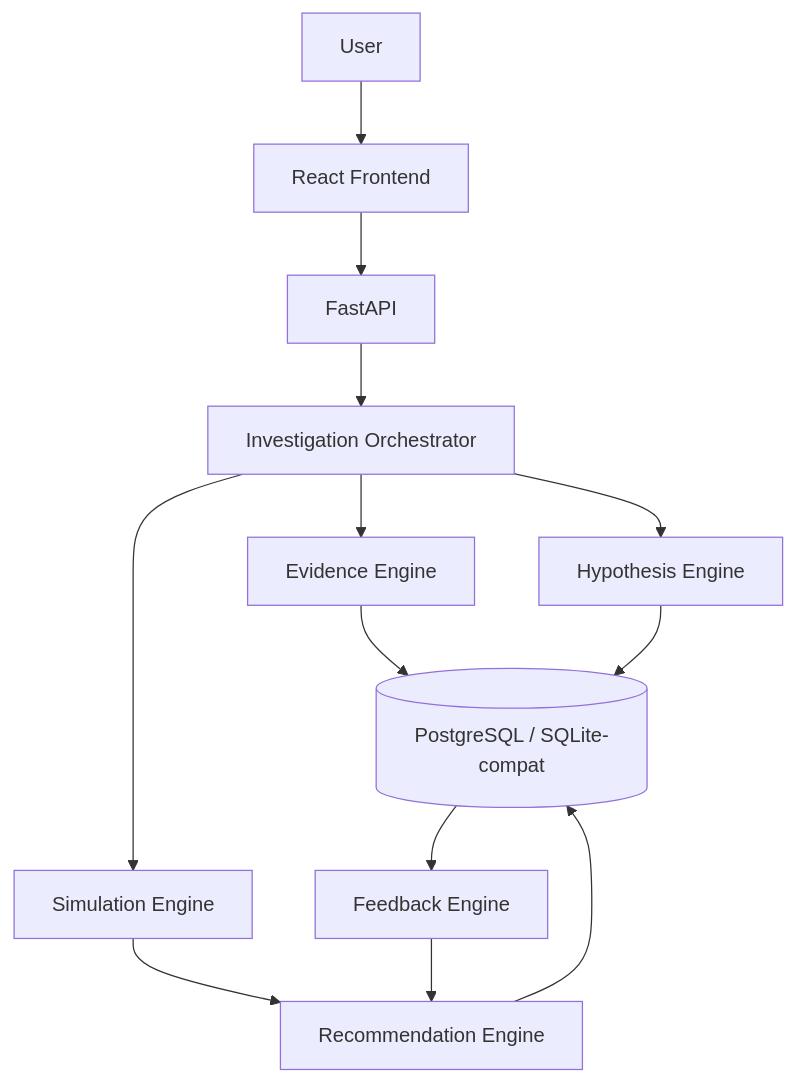
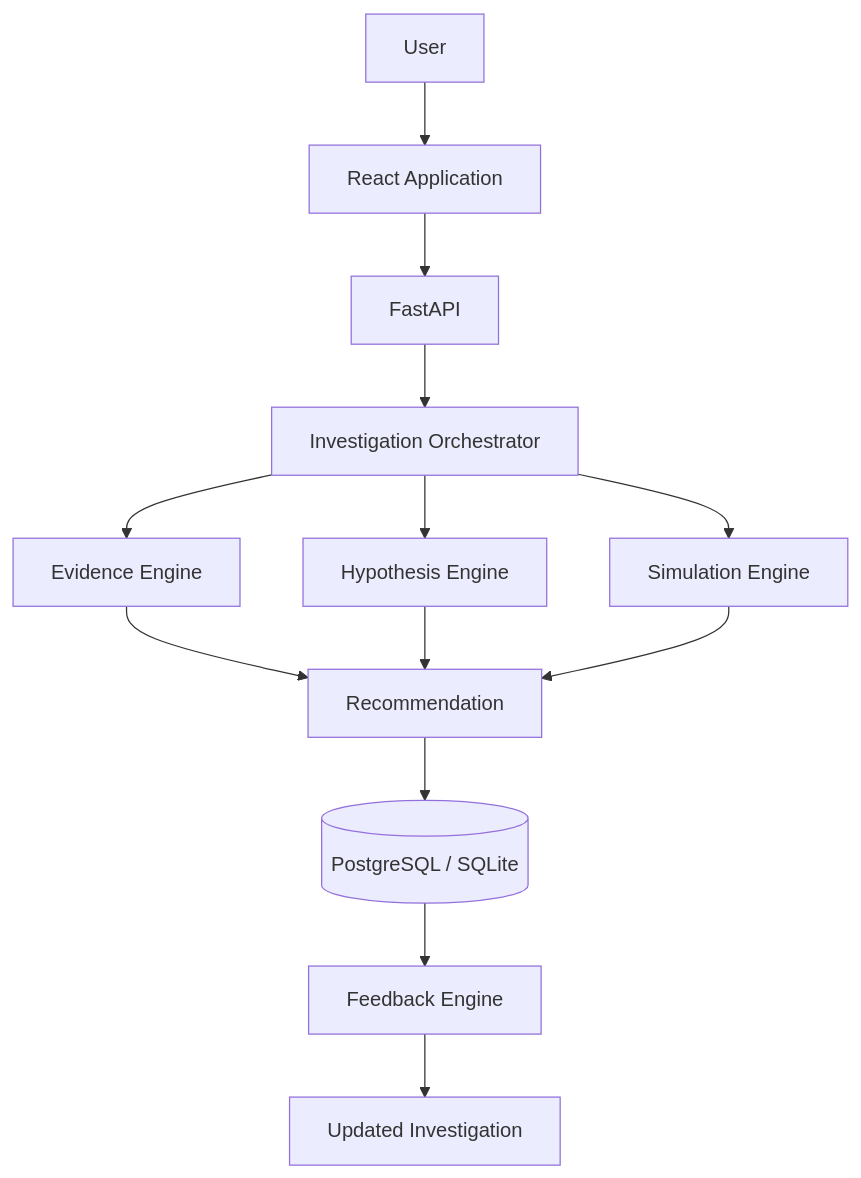
One commit to itsaahsan/nexus changed the diagram in README.md. Above: the diagram before and after it, drawn with Mermaid. The commit also changed other lines of this file, not shown here.

````diff
--- a/README.md
+++ b/README.md
@@ -36,15 +84,15 @@
 ```mermaid
 flowchart TD
-  U[User] --> FE[React Frontend]
+  U[User] --> FE[React Application]
   FE --> API[FastAPI]
   API --> ORCH[Investigation Orchestrator]
   ORCH --> EE[Evidence Engine]
   ORCH --> HE[Hypothesis Engine]
   ORCH --> SE[Simulation Engine]
-  EE --> DB[(PostgreSQL / SQLite-compat)]
-  HE --> DB
-  SE --> REC[Recommendation Engine]
-  REC --> DB
+  EE --> REC[Recommendation]
+  HE --> REC
+  SE --> REC
+  REC --> DB[(PostgreSQL / SQLite)]
   DB --> FB[Feedback Engine]
-  FB --> REC
+  FB --> LOOP[Updated Investigation]
 ```
````
